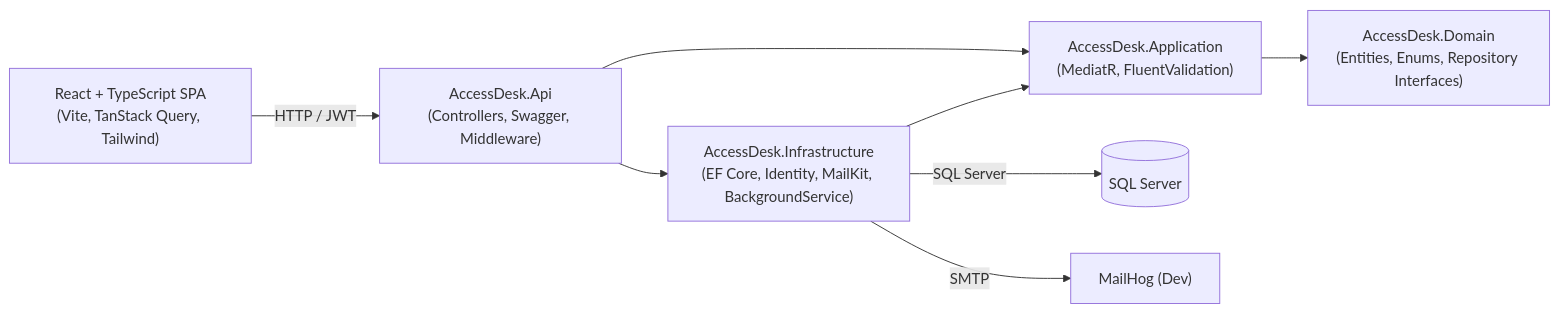
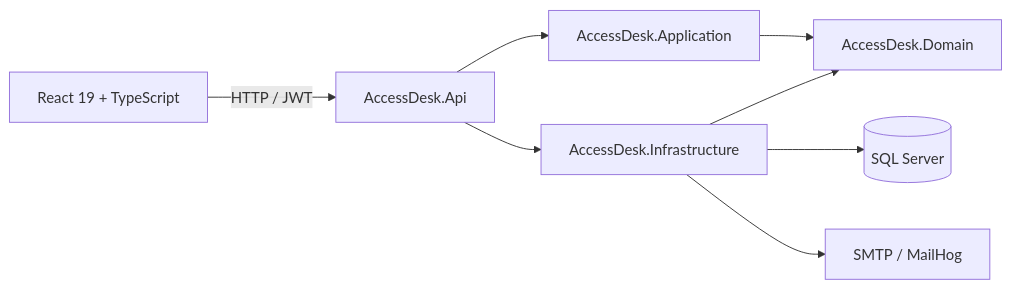
Before and after one commit to AlyEl-Halawany/AccessDesk: the first of 3 diagrams in README.md, drawn with Mermaid. The commit also changed other lines of this file and 7 other files, not shown here.

````diff
--- a/README.md
+++ b/README.md
@@ -9,10 +22,10 @@
 ```mermaid
 flowchart LR
-    SPA["React + TypeScript SPA<br/>(Vite, TanStack Query, Tailwind)"] -->|HTTP / JWT| API["AccessDesk.Api<br/>(Controllers, Swagger, Middleware)"]
-    API --> APP["AccessDesk.Application<br/>(MediatR, FluentValidation)"]
-    API --> INFRA["AccessDesk.Infrastructure<br/>(EF Core, Identity, MailKit, BackgroundService)"]
-    INFRA --> APP
-    APP --> DOM["AccessDesk.Domain<br/>(Entities, Enums, Repository Interfaces)"]
-    INFRA -->|SQL Server| DB[("SQL Server")]
-    INFRA -->|SMTP| MH["MailHog (Dev)"]
+  SPA[React 19 + TypeScript] -->|HTTP / JWT| API[AccessDesk.Api]
+  API --> APP[AccessDesk.Application]
+  API --> INF[AccessDesk.Infrastructure]
+  APP --> DOM[AccessDesk.Domain]
+  INF --> DOM
+  INF --> DB[(SQL Server)]
+  INF --> SMTP[SMTP / MailHog]
 ```
````
